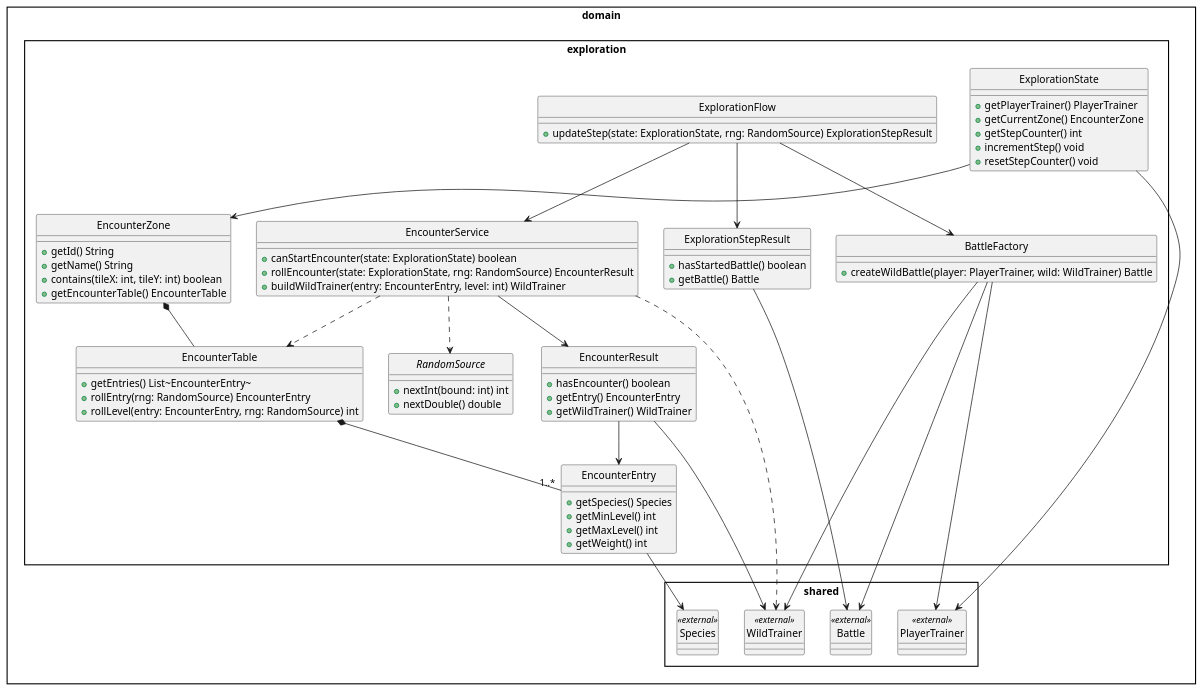
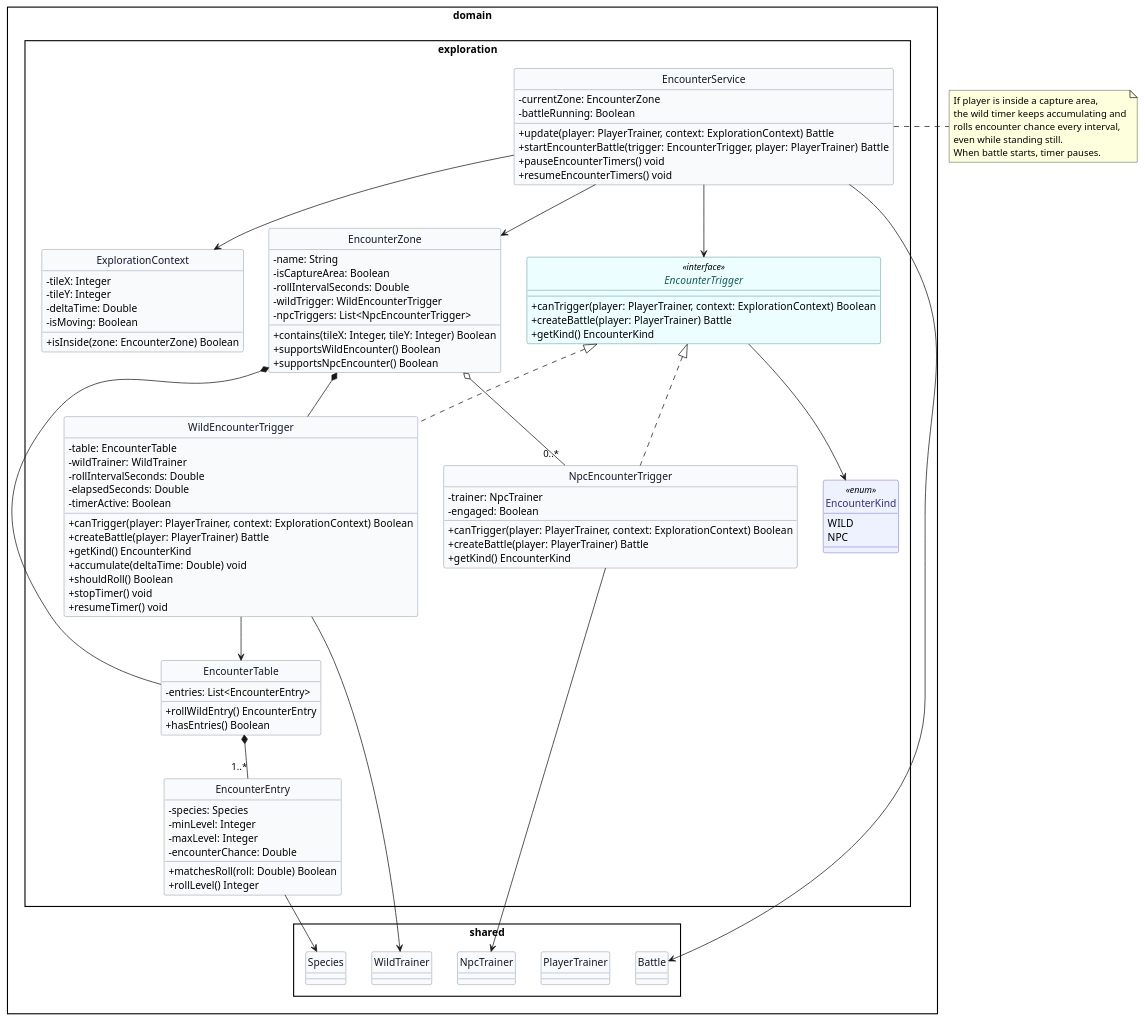
The diagram in diagrams/04-exploration-encounter.puml (Gabriel-Petersen/PokemonPOO), drawn with PlantUML before and after one commit. The commit also changed 4 other files, not shown here.

Commit message:
Refining Diagrams

```diff
--- a/diagrams/04-exploration-encounter.puml
+++ b/diagrams/04-exploration-encounter.puml
@@ -1,97 +1,146 @@
 @startuml exploration_encounter
 skinparam style strictuml
 skinparam packageStyle rectangle
+skinparam shadowing false
+skinparam classAttributeIconSize 0
+
+skinparam class {
+    BackgroundColor #F8FAFC
+    BorderColor #64748B
+    FontColor #0F172A
+}
+
+skinparam class<<abstract>> {
+    BackgroundColor #FFF7ED
+    BorderColor #C2410C
+    FontColor #9A3412
+}
+
+skinparam class<<interface>> {
+    BackgroundColor #ECFEFF
+    BorderColor #0F766E
+    FontColor #115E59
+}
+
+skinparam class<<enum>> {
+    BackgroundColor #EEF2FF
+    BorderColor #4338CA
+    FontColor #312E81
+}
 
 package "domain.exploration" {
-    class ExplorationState {
-        +getPlayerTrainer() PlayerTrainer
-        +getCurrentZone() EncounterZone
-        +getStepCounter() int
-        +incrementStep() void
-        +resetStepCounter() void
+    enum EncounterKind <<enum>> #EEF2FF {
+        WILD
+        NPC
     }
 
-    class EncounterZone {
-        +getId() String
-        +getName() String
-        +contains(tileX: int, tileY: int) boolean
-        +getEncounterTable() EncounterTable
+    class EncounterZone #F8FAFC {
+        -name: String
+        -isCaptureArea: Boolean
+        -rollIntervalSeconds: Double
+        -wildTrigger: WildEncounterTrigger
+        -npcTriggers: List<NpcEncounterTrigger>
+        +contains(tileX: Integer, tileY: Integer) Boolean
+        +supportsWildEncounter() Boolean
+        +supportsNpcEncounter() Boolean
     }
 
-    class EncounterTable {
-        +getEntries() List~EncounterEntry~
-        +rollEntry(rng: RandomSource) EncounterEntry
-        +rollLevel(entry: EncounterEntry, rng: RandomSource) int
+    class EncounterTable #F8FAFC {
+        -entries: List<EncounterEntry>
+        +rollWildEntry() EncounterEntry
+        +hasEntries() Boolean
     }
 
-    class EncounterEntry {
-        +getSpecies() Species
-        +getMinLevel() int
-        +getMaxLevel() int
-        +getWeight() int
+    class EncounterEntry #F8FAFC {
+        -species: Species
+        -minLevel: Integer
+        -maxLevel: Integer
+        -encounterChance: Double
+        +matchesRoll(roll: Double) Boolean
+        +rollLevel() Integer
     }
 
-    interface RandomSource {
-        +nextInt(bound: int) int
-        +nextDouble() double
+    interface EncounterTrigger <<interface>> #ECFEFF {
+        +canTrigger(player: PlayerTrainer, context: ExplorationContext) Boolean
+        +createBattle(player: PlayerTrainer) Battle
+        +getKind() EncounterKind
     }
 
-    class EncounterService {
-        +canStartEncounter(state: ExplorationState) boolean
-        +rollEncounter(state: ExplorationState, rng: RandomSource) EncounterResult
-        +buildWildTrainer(entry: EncounterEntry, level: int) WildTrainer
+    class WildEncounterTrigger #F8FAFC {
+        -table: EncounterTable
+        -wildTrainer: WildTrainer
+        -rollIntervalSeconds: Double
+        -elapsedSeconds: Double
+        -timerActive: Boolean
+        +canTrigger(player: PlayerTrainer, context: ExplorationContext) Boolean
+        +createBattle(player: PlayerTrainer) Battle
+        +getKind() EncounterKind
+        +accumulate(deltaTime: Double) void
+        +shouldRoll() Boolean
+        +stopTimer() void
+        +resumeTimer() void
     }
 
-    class EncounterResult {
-        +hasEncounter() boolean
-        +getEntry() EncounterEntry
-        +getWildTrainer() WildTrainer
+    class NpcEncounterTrigger #F8FAFC {
+        -trainer: NpcTrainer
+        -engaged: Boolean
+        +canTrigger(player: PlayerTrainer, context: ExplorationContext) Boolean
+        +createBattle(player: PlayerTrainer) Battle
+        +getKind() EncounterKind
     }
 
-    class BattleFactory {
-        +createWildBattle(player: PlayerTrainer, wild: WildTrainer) Battle
+    class ExplorationContext #F8FAFC {
+        -tileX: Integer
+        -tileY: Integer
+        -deltaTime: Double
+        -isMoving: Boolean
+        +isInside(zone: EncounterZone) Boolean
     }
 
-    class ExplorationFlow {
-        +updateStep(state: ExplorationState, rng: RandomSource) ExplorationStepResult
-    }
-
-    class ExplorationStepResult {
-        +hasStartedBattle() boolean
-        +getBattle() Battle
+    class EncounterService #F8FAFC {
+        -currentZone: EncounterZone
+        -battleRunning: Boolean
+        +update(player: PlayerTrainer, context: ExplorationContext) Battle
+        +startEncounterBattle(trigger: EncounterTrigger, player: PlayerTrainer) Battle
+        +pauseEncounterTimers() void
+        +resumeEncounterTimers() void
     }
 }
 
 package "domain.shared" {
-    class Species <<external>>
-    class PlayerTrainer <<external>>
-    class WildTrainer <<external>>
-    class Battle <<external>>
+    class Species #F8FAFC
+    class PlayerTrainer #F8FAFC
+    class NpcTrainer #F8FAFC
+    class WildTrainer #F8FAFC
+    class Battle #F8FAFC
 }
 
-ExplorationState --> PlayerTrainer
-ExplorationState --> EncounterZone
-
 EncounterZone *-- EncounterTable
+EncounterZone *-- WildEncounterTrigger
+EncounterZone o-- "0..*" NpcEncounterTrigger
 EncounterTable *-- "1..*" EncounterEntry
 EncounterEntry --> Species
 
-EncounterService --> EncounterResult
-EncounterService ..> EncounterTable
-EncounterService ..> RandomSource
-EncounterService ..> WildTrainer
+EncounterTrigger <|.. WildEncounterTrigger
+EncounterTrigger <|.. NpcEncounterTrigger
 
-EncounterResult --> EncounterEntry
-EncounterResult --> WildTrainer
+WildEncounterTrigger --> EncounterTable
+WildEncounterTrigger --> WildTrainer
+NpcEncounterTrigger --> NpcTrainer
 
-ExplorationFlow --> EncounterService
-ExplorationFlow --> BattleFactory
-ExplorationFlow --> ExplorationStepResult
+EncounterService --> EncounterZone
+EncounterService --> EncounterTrigger
+EncounterService --> ExplorationContext
+EncounterService --> Battle
 
-BattleFactory --> Battle
-BattleFactory --> PlayerTrainer
-BattleFactory --> WildTrainer
+EncounterTrigger --> EncounterKind
 
-ExplorationStepResult --> Battle
+note right of EncounterService
+If player is inside a capture area,
+the wild timer keeps accumulating and
+rolls encounter chance every interval,
+even while standing still.
+When battle starts, timer pauses.
+end note
 
 @enduml
```
